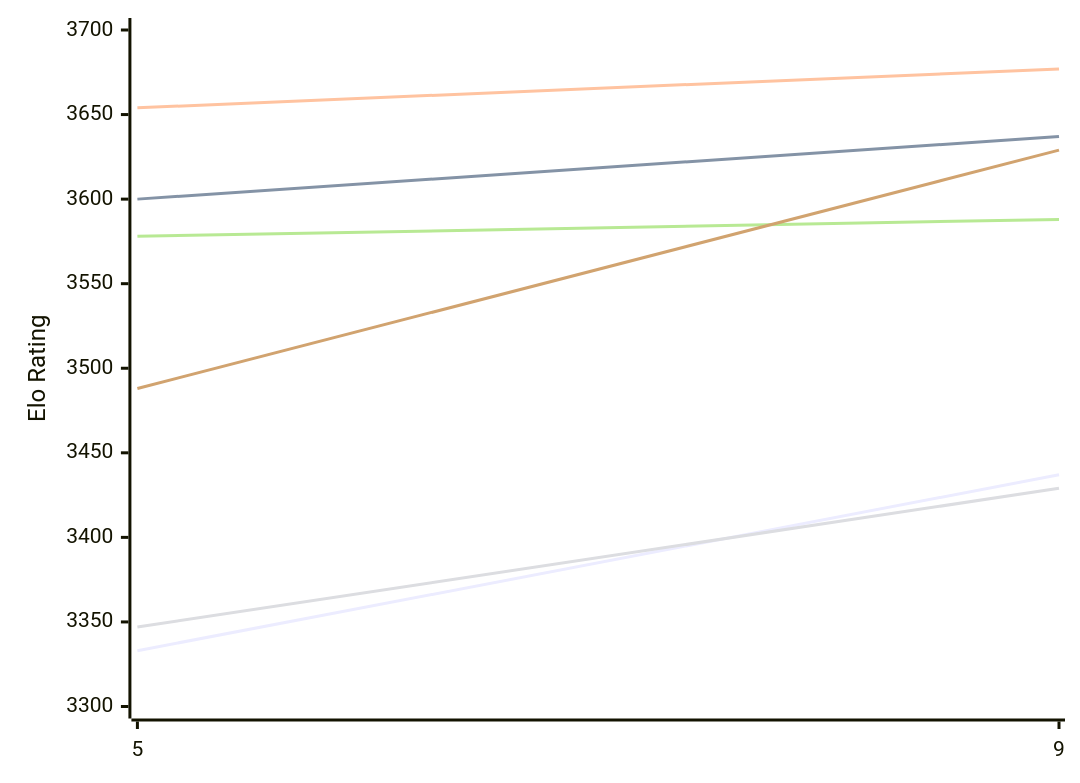
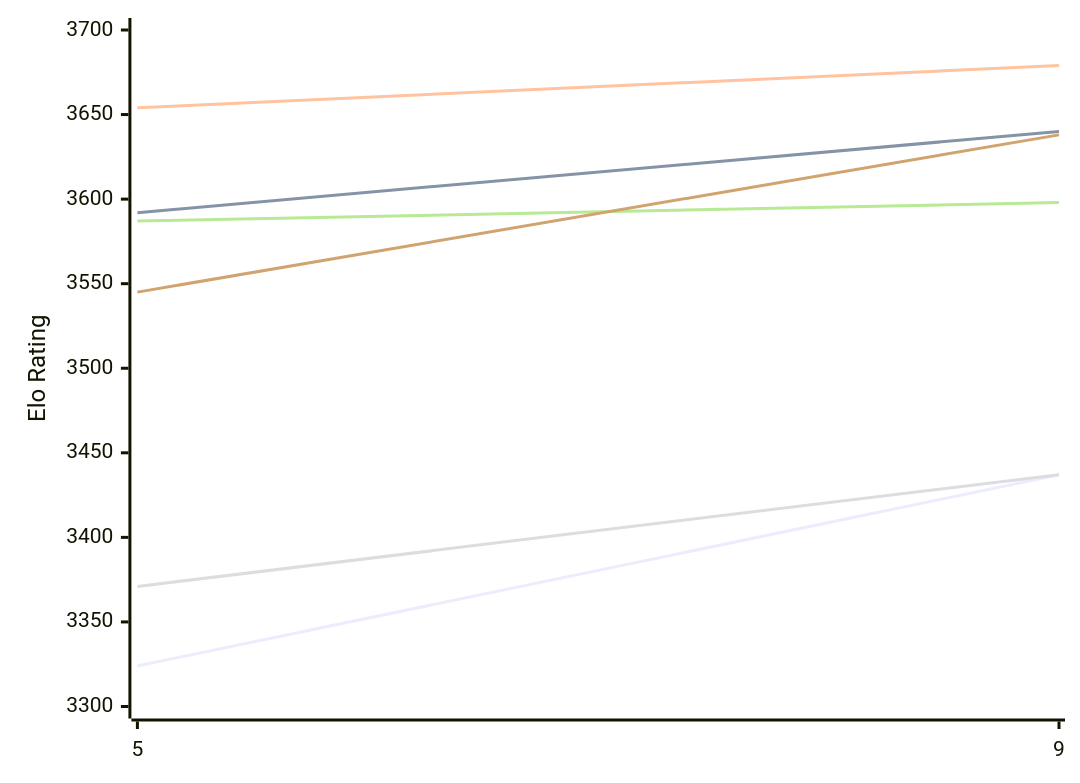
The first of 2 diagrams in engines/Crystal.md (computer-chess-index/cci), drawn with Mermaid before and after one commit. The commit also changed other lines of this file, not shown here.

Commit message:
Update CCI Ratings (ELO VLTC) - 2026-11-25

````diff
--- a/engines/Crystal.md
+++ b/engines/Crystal.md
@@ -50,12 +50,12 @@
 ```mermaid
 %%{init: {"theme":"base","themeVariables":{"seriesColors:['#a3a3a3','#222221','#faa371']}}}%%
 xychart-beta
   x-axis ["5", "9"]
   y-axis "Elo Rating" 3300 --> 3700
-  line "E1: STC (8.0+0.08s)" [3333, 3437]
-  line "E1: LTC (60.0+0.60s)" [3600, 3637]
-  line "E1: VLTC (2m24s+1.12s)" [3654, 3677]
-  line "P1: STC (8.0+0.08s)" [3347, 3429]
-  line "P1: LTC (60.0+0.60s)" [3578, 3588]
-  line "P1: VLTC (2m24s+1.12s)" [3488, 3629]
+  line "E1: STC (8.0+0.08s)" [3324, 3437]
+  line "E1: LTC (60.0+0.60s)" [3592, 3640]
+  line "E1: VLTC (2m24s+1.12s)" [3654, 3679]
+  line "P1: STC (8.0+0.08s)" [3371, 3437]
+  line "P1: LTC (60.0+0.60s)" [3587, 3598]
+  line "P1: VLTC (2m24s+1.12s)" [3545, 3638]
 ```
````
